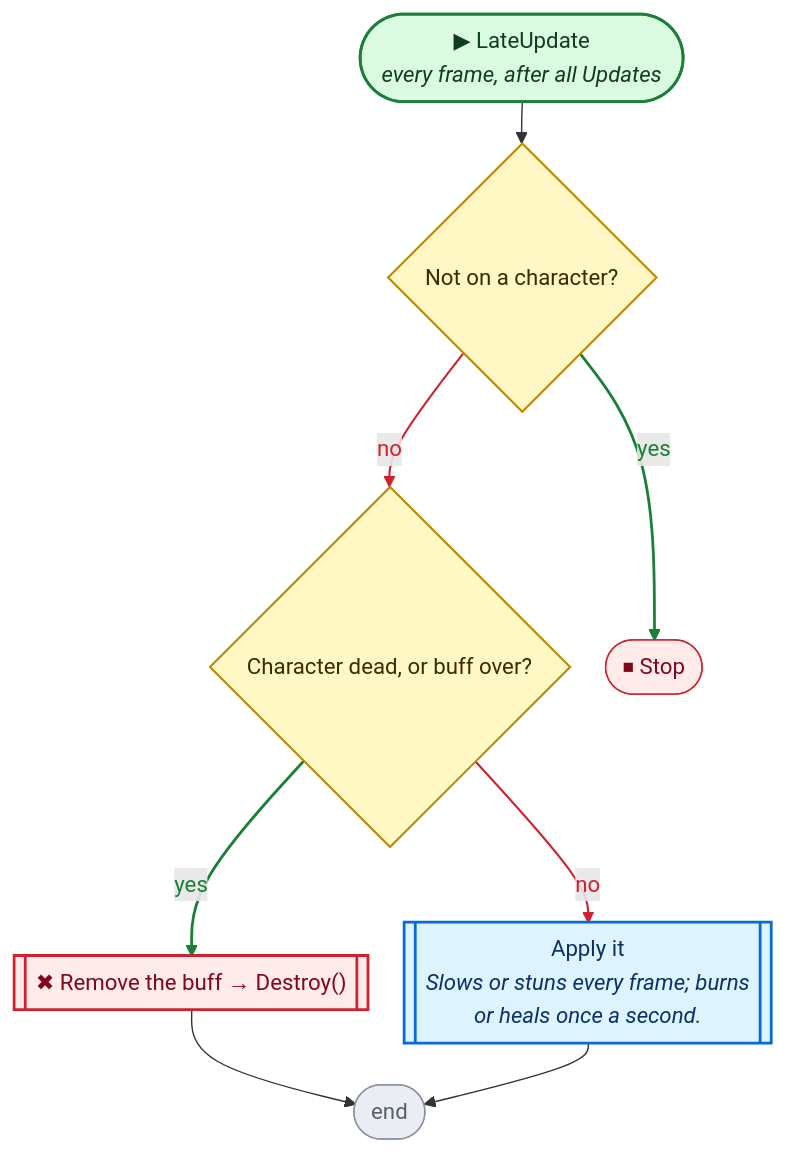
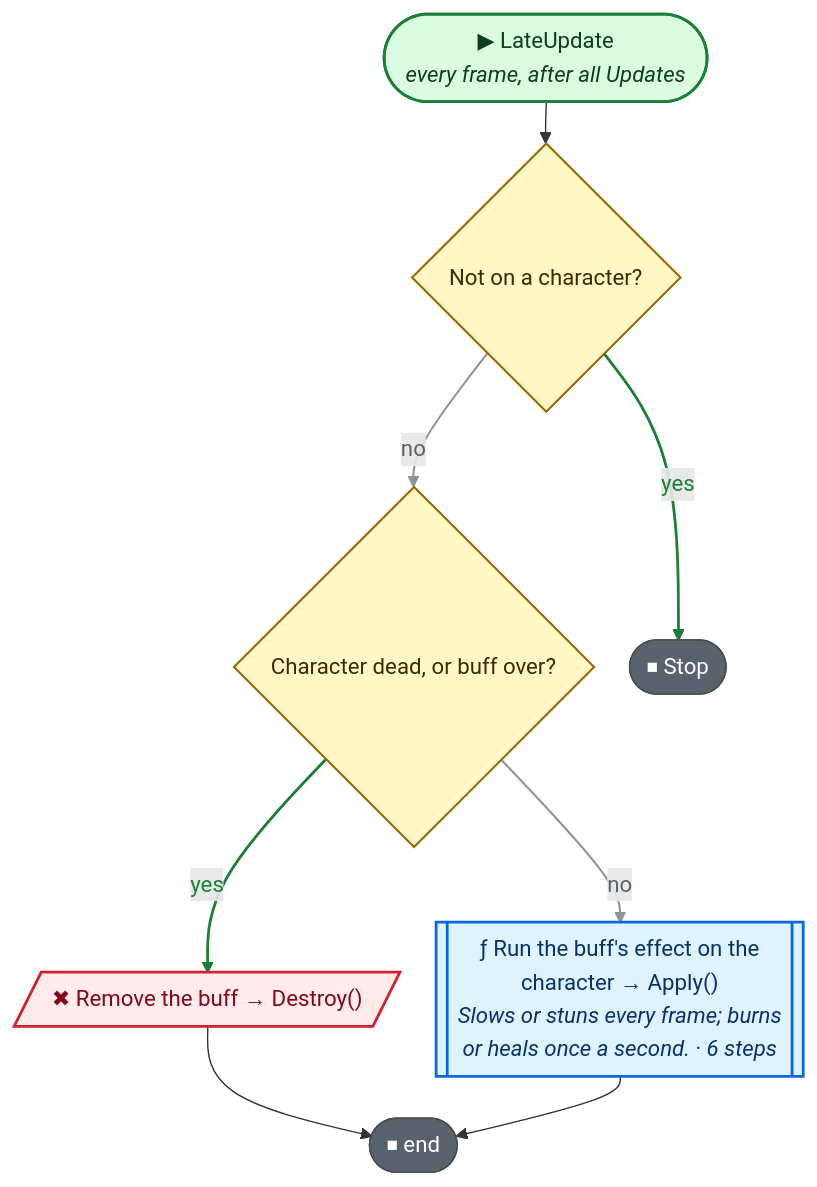
One commit to nataiai/Lord-of-the-Dungeon changed the fourth of 5 diagrams in CodeGraph~/graph/BuffEffect.cs.md. Above: the diagram before and after it, drawn with Mermaid. The commit also changed other lines of this file and 57 other files, not shown here.

````diff
--- a/CodeGraph~/graph/BuffEffect.cs.md
+++ b/CodeGraph~/graph/BuffEffect.cs.md
@@ -160,48 +162,48 @@
 ```mermaid
 ---
 config:
   flowchart:
     wrappingWidth: 260
     nodeSpacing: 26
     rankSpacing: 30
 ---
 flowchart TD
   nS(["▶ LateUpdate<br><i>every frame, after all Updates</i>"])
   n6ee3b6{"Not on a character?"}
   n08a28c{"Character dead, or buff over?"}
-  n0f111a[["✖ Remove the buff → Destroy()"]]
-  nf0509f[["Apply it<br><i>Slows or stuns every frame; burns</i><br><i>or heals once a second.</i>"]]
-  nE(["end"])
+  n0f111a[/"✖ Remove the buff → Destroy()"/]
+  nf0509f[["ƒ Run the buff's effect on the<br>character → Apply()<br><i>Slows or stuns every frame; burns</i><br><i>or heals once a second. · 6 steps</i>"]]
+  nE(["⏹ end"])
   nb2e4fc(["⏹ Stop"])
   nS --> n6ee3b6
   n6ee3b6 -->|no| n08a28c
   n6ee3b6 -->|yes| nb2e4fc
   n08a28c -->|yes| n0f111a
   n08a28c -->|no| nf0509f
   n0f111a --> nE
   nf0509f --> nE
-  linkStyle 1 stroke:#cf222e,stroke-width:1.5px,color:#cf222e
+  linkStyle 1 stroke:#8c959f,stroke-width:1.5px,color:#59636e
   linkStyle 2 stroke:#1a7f37,stroke-width:2px,color:#1a7f37
   linkStyle 3 stroke:#1a7f37,stroke-width:2px,color:#1a7f37
-  linkStyle 4 stroke:#cf222e,stroke-width:1.5px,color:#cf222e
+  linkStyle 4 stroke:#8c959f,stroke-width:1.5px,color:#59636e
   classDef unity fill:#dafbe1,stroke:#1a7f37,stroke-width:2px,color:#0f3d1d
   classDef start fill:#dafbe1,stroke:#1a7f37,stroke-width:2px,color:#0f3d1d
-  classDef calc fill:#ffffff,stroke:#d0d7de,color:#57606a
+  classDef calc fill:#f6f8fa,stroke:#d1d9e0,color:#59636e
   classDef calls fill:#ddf4ff,stroke:#0969da,stroke-width:2px,color:#0a3069
-  classDef ext fill:#ddf4ff,stroke:#0969da,stroke-width:2px,stroke-dasharray:5 3,color:#0a3069
-  classDef cond fill:#fff8c5,stroke:#bf8700,stroke-width:1.5px,color:#3d2a00
-  classDef loop fill:#f6f8fa,stroke:#57606a,color:#1f2328
-  classDef exit fill:#ffebe9,stroke:#cf222e,color:#82071e
+  classDef ext fill:#f6f8fa,stroke:#59636e,stroke-width:1.5px,stroke-dasharray:5 5,color:#1f2328
+  classDef cond fill:#fff8c5,stroke:#9a6700,stroke-width:1.5px,color:#3d2a00
+  classDef loop fill:#fff8c5,stroke:#9a6700,color:#3d2a00
+  classDef wait fill:#fff8c5,stroke:#9a6700,color:#3d2a00
+  classDef exit fill:#59636e,stroke:#424a53,color:#ffffff
+  classDef fin fill:#59636e,stroke:#424a53,color:#ffffff
+  classDef act fill:#ffffff,stroke:#59636e,stroke-width:1.5px,color:#1f2328
   classDef kill fill:#ffebe9,stroke:#cf222e,stroke-width:2px,color:#82071e
-  classDef spawn fill:#dafbe1,stroke:#1a7f37,stroke-width:2px,color:#0f3d1d
-  classDef wait fill:#fff1e5,stroke:#bc4c00,color:#4d1d00
-  classDef fin fill:#eaeef2,stroke:#8c959f,color:#57606a
   classDef join fill:#d0d7de,stroke:#8c959f,color:#57606a
   classDef ghdr fill:#f5f9ff,stroke:#f5f9ff,color:#0a3069,font-weight:bold
   class nf0509f calls
   class n6ee3b6,n08a28c cond
   class nb2e4fc exit
   class nE fin
   class n0f111a kill
   class nS unity
 ```
````
